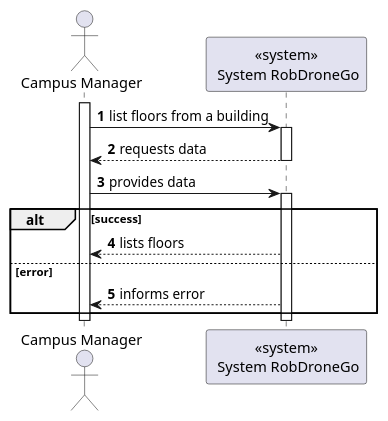
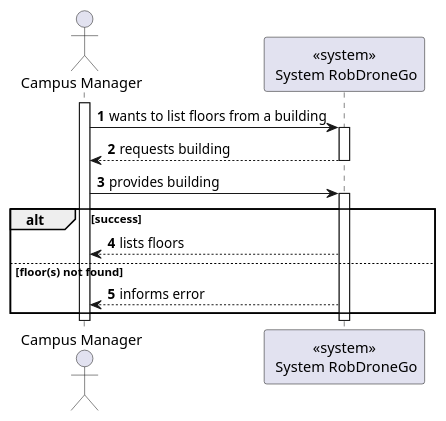
The diagram in docs/us1100/level1/process-view.puml (Departamento-de-Engenharia-Informatica/lapr5-23-24-g19), drawn with PlantUML before and after one commit. The commit also changed 5 other files, not shown here.

```diff
--- a/docs/us1100/level1/process-view.puml
+++ b/docs/us1100/level1/process-view.puml
@@ -1,24 +1,24 @@
 @startuml
 autonumber
 
 actor "Campus Manager" as usr
 
 participant "<<system>>\n System RobDroneGo" as sys
 
 activate usr
-usr -> sys : list floors from a building
+usr -> sys : wants to list floors from a building
     activate sys
-        sys --> usr : requests data
+        sys --> usr : requests building
     deactivate sys
 
-    usr -> sys : provides data
+    usr -> sys : provides building
     activate sys
     alt success
         sys --> usr : lists floors
-    else error
+    else floor(s) not found
         sys --> usr : informs error
     end
     deactivate sys
 deactivate usr
 
 @enduml
```
